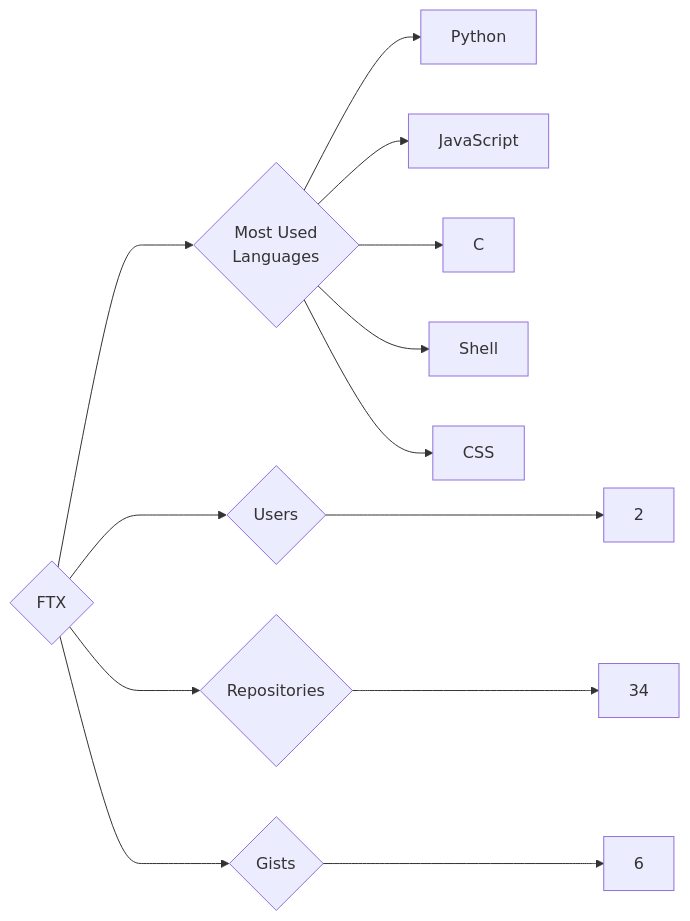
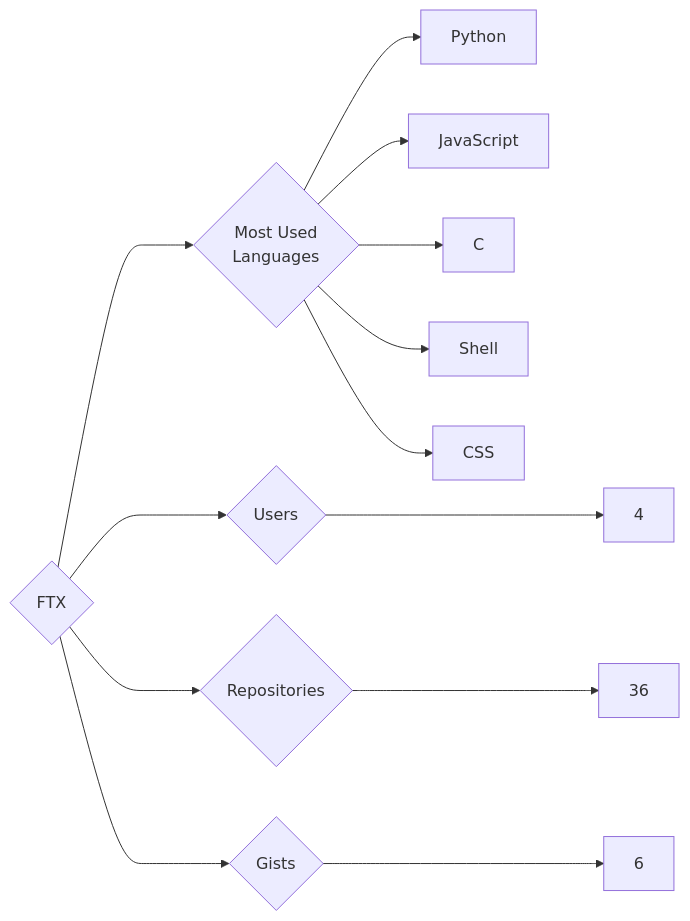
The diagram in targets/FTX/README.md (trickest/insiders), drawn with Mermaid before and after one commit. The commit also changed 1084 other files, not shown here.

````diff
--- a/targets/FTX/README.md
+++ b/targets/FTX/README.md
@@ -3,13 +3,13 @@
 ```mermaid
 graph LR
 COMPANY_NAME{FTX}
-COMPANY_NAME ---> U{Users} ---> UN[2]
-COMPANY_NAME ---> R{Repositories} ---> RN[34]
+COMPANY_NAME ---> U{Users} ---> UN[4]
+COMPANY_NAME ---> R{Repositories} ---> RN[36]
 COMPANY_NAME ---> G{Gists} ---> GN[6]
 COMPANY_NAME ---> ML{Most Used<br>Languages}
 ML --> Python[Python]
 ML --> JavaScript[JavaScript]
 ML --> C[C]
 ML --> Shell[Shell]
 ML --> CSS[CSS]
 ```
````
